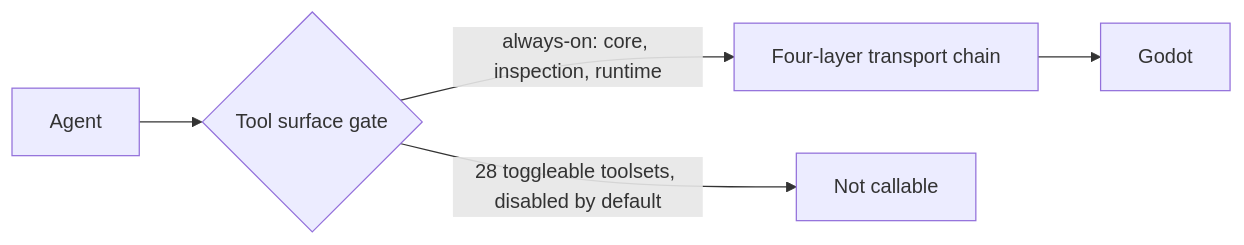
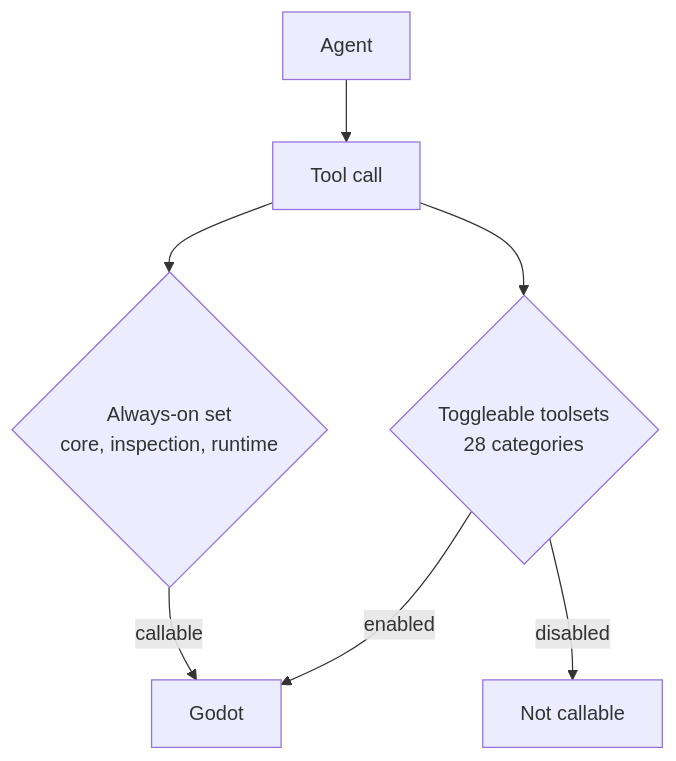
The diagram in wiki/topics/godot-mcp-tool-surface.md (hybridindie/wiki-fabric), drawn with Mermaid before and after one commit. The commit also changed other lines of this file and 43 other files, not shown here.

````diff
--- a/wiki/topics/godot-mcp-tool-surface.md
+++ b/wiki/topics/godot-mcp-tool-surface.md
@@ -30,7 +26,9 @@
 ```mermaid
-flowchart LR
-    A[Agent] --> B{Tool surface gate}
-    B -->|always-on: core, inspection, runtime| C[Four-layer transport chain]
-    B -->|28 toggleable toolsets, disabled by default| D[Not callable]
-    C --> E[Godot]
+flowchart TD
+    A[Agent] --> B[Tool call]
+    B --> C{Always-on set<br/>core, inspection, runtime}
+    C -->|callable| D[Godot]
+    B --> E{Toggleable toolsets<br/>28 categories}
+    E -->|enabled| D
+    E -->|disabled| F[Not callable]
 ```
````
